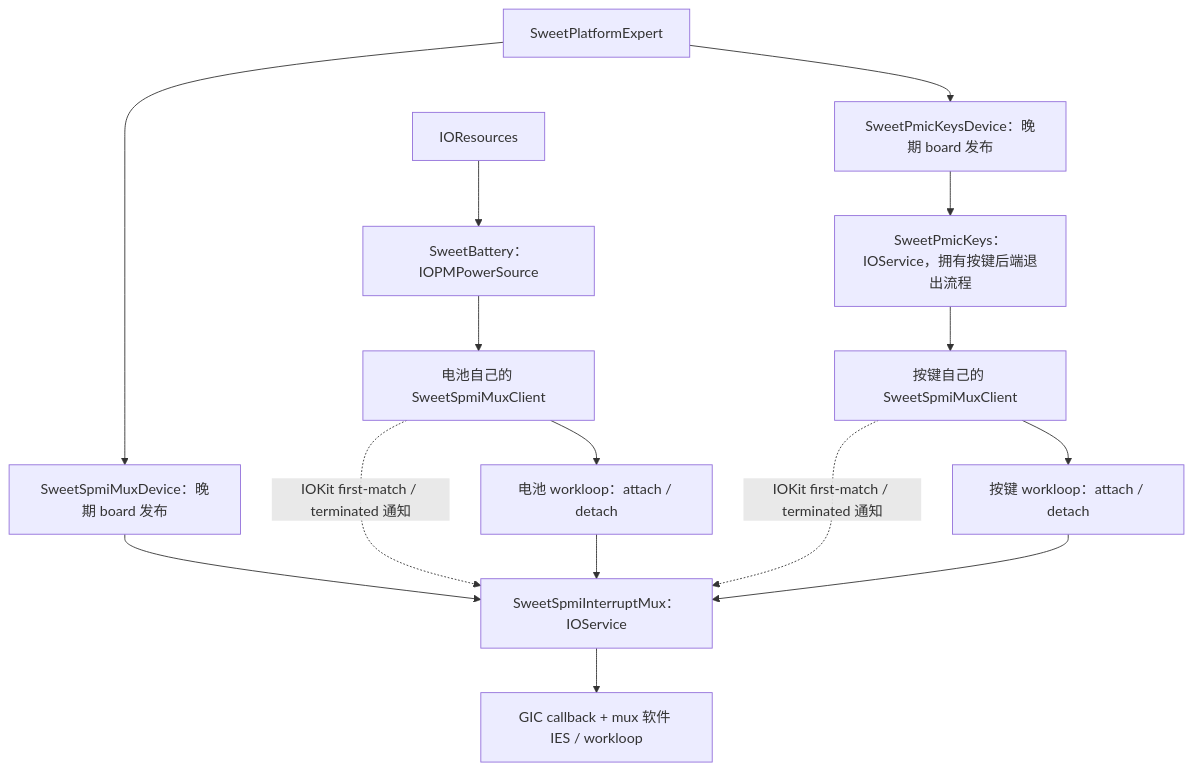
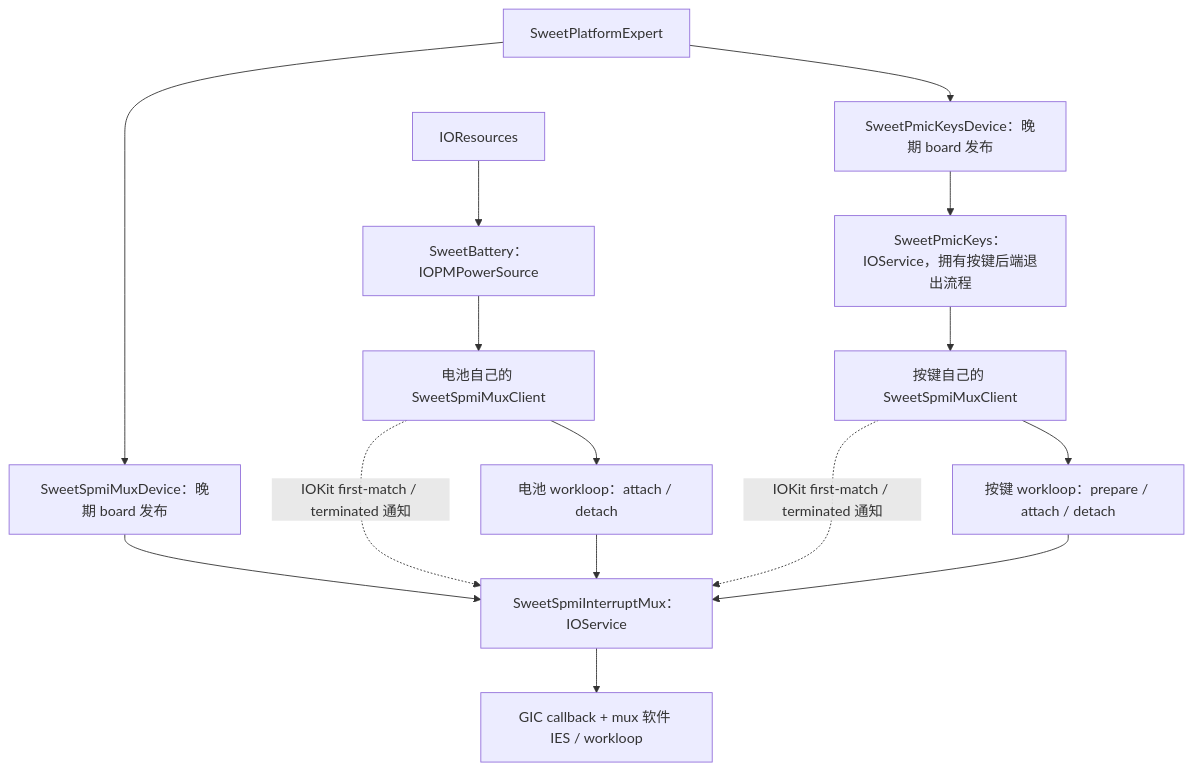
Before and after one commit to shenli99/ios-mh2lm: the diagram in docs/MUX-CONSUMERS.md, drawn with Mermaid. The commit also changed other lines of this file and 6 other files, not shown here.

Commit message:
refactor: prepare PMIC keys on consumer workloop after matching

````diff
--- a/docs/MUX-CONSUMERS.md
+++ b/docs/MUX-CONSUMERS.md
@@ -20,17 +20,17 @@
 ```mermaid
 flowchart TD
   PE[SweetPlatformExpert] --> MN[SweetSpmiMuxDevice：晚期 board 发布]
   MN --> M[SweetSpmiInterruptMux：IOService]
   PE --> KN[SweetPmicKeysDevice：晚期 board 发布]
   KN --> K[SweetPmicKeys：IOService，拥有按键后端退出流程]
   R[IOResources] --> B[SweetBattery：IOPMPowerSource]
   K --> KC[按键自己的 SweetSpmiMuxClient]
   B --> BC[电池自己的 SweetSpmiMuxClient]
   KC -. IOKit first-match / terminated 通知 .-> M
   BC -. IOKit first-match / terminated 通知 .-> M
-  KC --> KM[按键 workloop：attach / detach]
+  KC --> KM[按键 workloop：prepare / attach / detach]
   BC --> BM[电池 workloop：attach / detach]
   KM --> M
   BM --> M
   M --> IRQ[GIC callback + mux 软件 IES / workloop]
 ```
````
